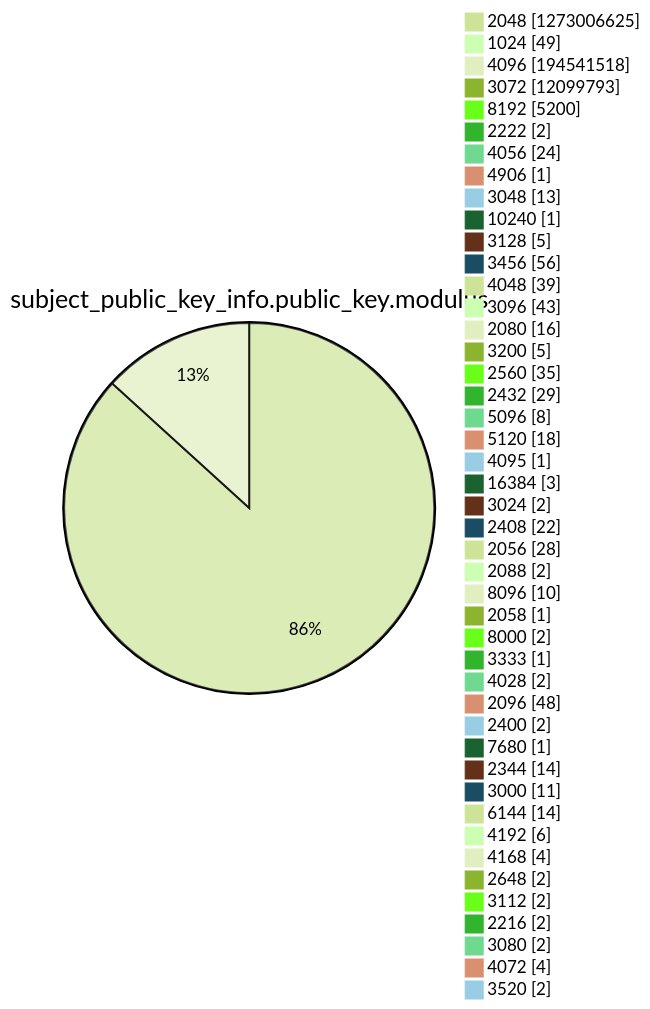
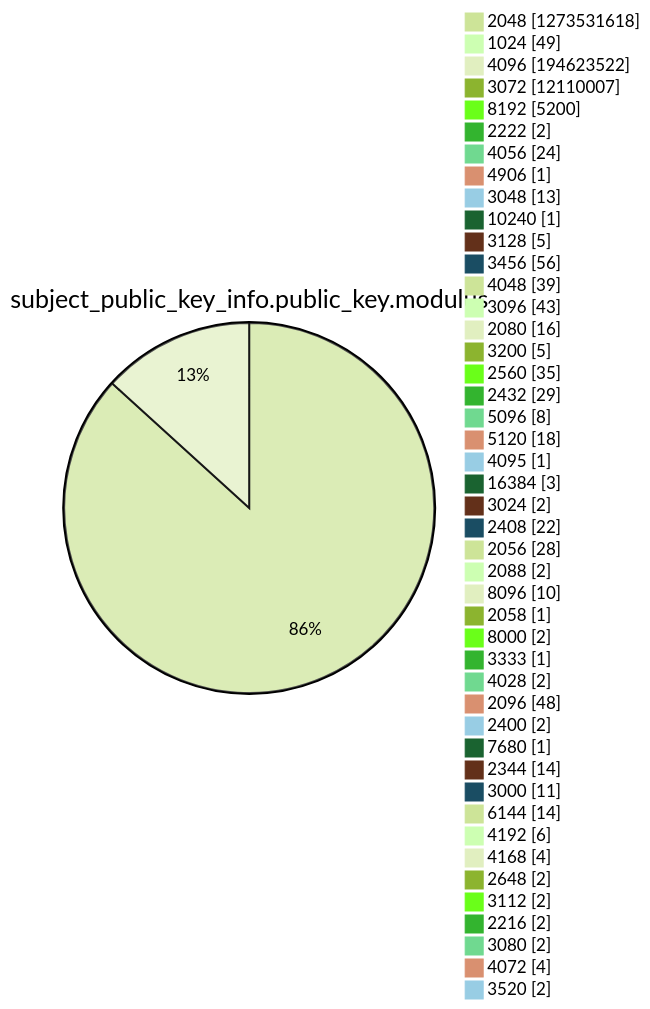
One commit to christiankrug/ctmonitor_visualization changed diagram 13 of 15 in xenon2022/README.md. Above: the diagram before and after it, drawn with Mermaid (forest theme). The commit also changed other lines of this file, not shown here.

````diff
--- a/xenon2022/README.md
+++ b/xenon2022/README.md
@@ -3920,49 +3920,49 @@
 ```mermaid
 pie showData
 title subject_public_key_info.public_key.modulus
-"2048" :1273006625
+"2048" :1273531618
 "1024" :49
-"4096" :194541518
-"3072" :12099793
+"4096" :194623522
+"3072" :12110007
 "8192" :5200
 "2222" :2
 "4056" :24
 "4906" :1
 "3048" :13
 "10240" :1
 "3128" :5
 "3456" :56
 "4048" :39
 "3096" :43
 "2080" :16
 "3200" :5
 "2560" :35
 "2432" :29
 "5096" :8
 "5120" :18
 "4095" :1
 "16384" :3
 "3024" :2
 "2408" :22
 "2056" :28
 "2088" :2
 "8096" :10
 "2058" :1
 "8000" :2
 "3333" :1
 "4028" :2
 "2096" :48
 "2400" :2
 "7680" :1
 "2344" :14
 "3000" :11
 "6144" :14
 "4192" :6
 "4168" :4
 "2648" :2
 "3112" :2
 "2216" :2
 "3080" :2
 "4072" :4
 "3520" :2
 ```
````
